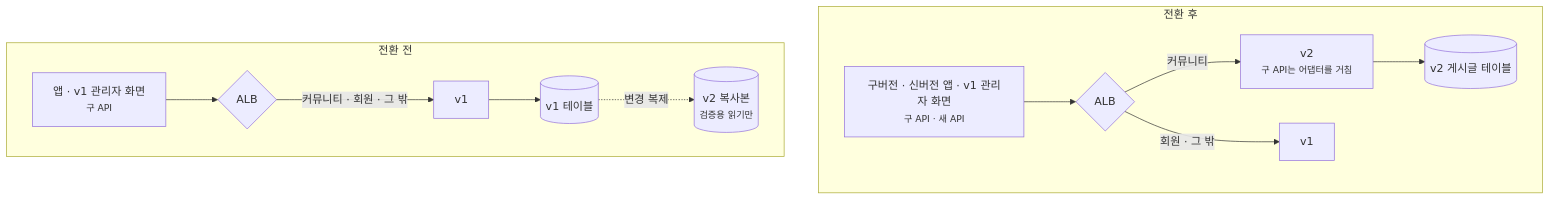
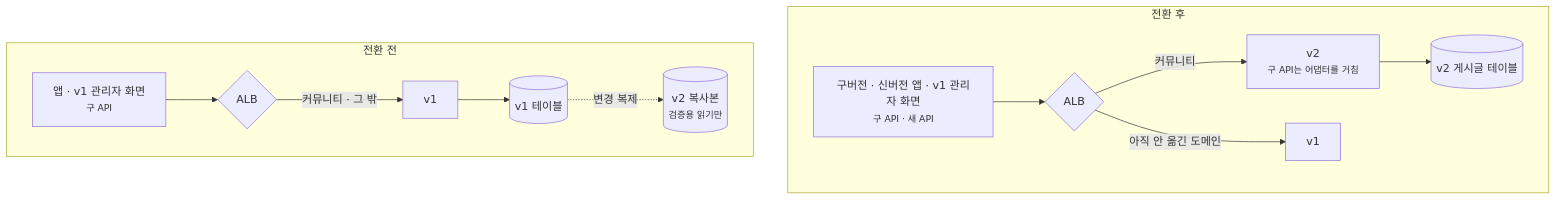
The sixth of 22 diagrams in src/content/blog/strangler-fig-redesign.md (oownahcohc/oownahcohc.github.io), drawn with Mermaid before and after one commit. The commit also changed other lines of this file, not shown here.

First line of the commit message:
Strangler Fig 재설계 글을 문제마다 후보를 견주는 전개로 다시 쓴다

````diff
--- a/src/content/blog/strangler-fig-redesign.md
+++ b/src/content/blog/strangler-fig-redesign.md
@@ -146,15 +246,15 @@
 ```mermaid
 flowchart TB
     subgraph after["전환 후"]
         A2["구버전 · 신버전 앱 · v1 관리자 화면<br/><small>구 API · 새 API</small>"] --> L2{"ALB"}
         L2 -->|"커뮤니티"| S2["v2<br/><small>구 API는 어댑터를 거침</small>"]
-        L2 -->|"회원 · 그 밖"| S3["v1"]
+        L2 -->|"아직 안 옮긴 도메인"| S3["v1"]
         S2 --> T2[("v2 게시글 테이블")]
     end
     subgraph before["전환 전"]
         A1["앱 · v1 관리자 화면<br/><small>구 API</small>"] --> L1{"ALB"}
-        L1 -->|"커뮤니티 · 회원 · 그 밖"| S1["v1"]
+        L1 -->|"커뮤니티 · 그 밖"| S1["v1"]
         S1 --> T1[("v1 테이블")]
         T1 -. "변경 복제" .-> C1[("v2 복사본<br/><small>검증용 읽기만</small>")]
     end
 ```
````
